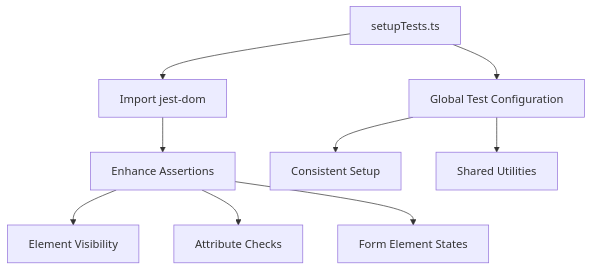
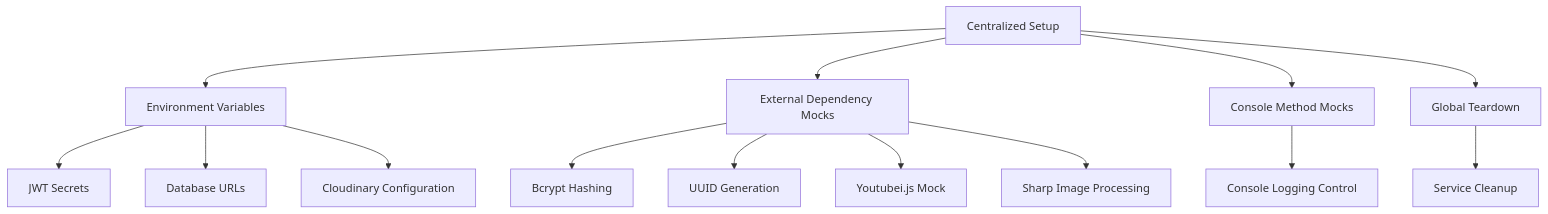
The second of 4 diagrams in .qoder/repowiki/en/content/Testing Strategy/Frontend Testing.md (Brimstow/ThumPiks), drawn with Mermaid before and after one commit. The commit also changed other lines of this file and 900 other files, not shown here.

````diff
--- a/.qoder/repowiki/en/content/Testing Strategy/Frontend Testing.md
+++ b/.qoder/repowiki/en/content/Testing Strategy/Frontend Testing.md
@@ -63,11 +77,16 @@
 ```mermaid
 flowchart TD
-A[setupTests.ts] --> B[Import jest-dom]
-B --> C[Enhance Assertions]
-C --> D[Element Visibility]
-C --> E[Attribute Checks]
-C --> F[Form Element States]
-A --> G[Global Test Configuration]
-G --> H[Consistent Setup]
-G --> I[Shared Utilities]
+A[Centralized Setup] --> B[Environment Variables]
+A --> C[External Dependency Mocks]
+A --> D[Console Method Mocks]
+A --> E[Global Teardown]
+B --> F[JWT Secrets]
+B --> G[Database URLs]
+B --> H[Cloudinary Configuration]
+C --> I[Bcrypt Hashing]
+C --> J[UUID Generation]
+C --> K[Youtubei.js Mock]
+C --> L[Sharp Image Processing]
+D --> M[Console Logging Control]
+E --> N[Service Cleanup]
 ```
````
